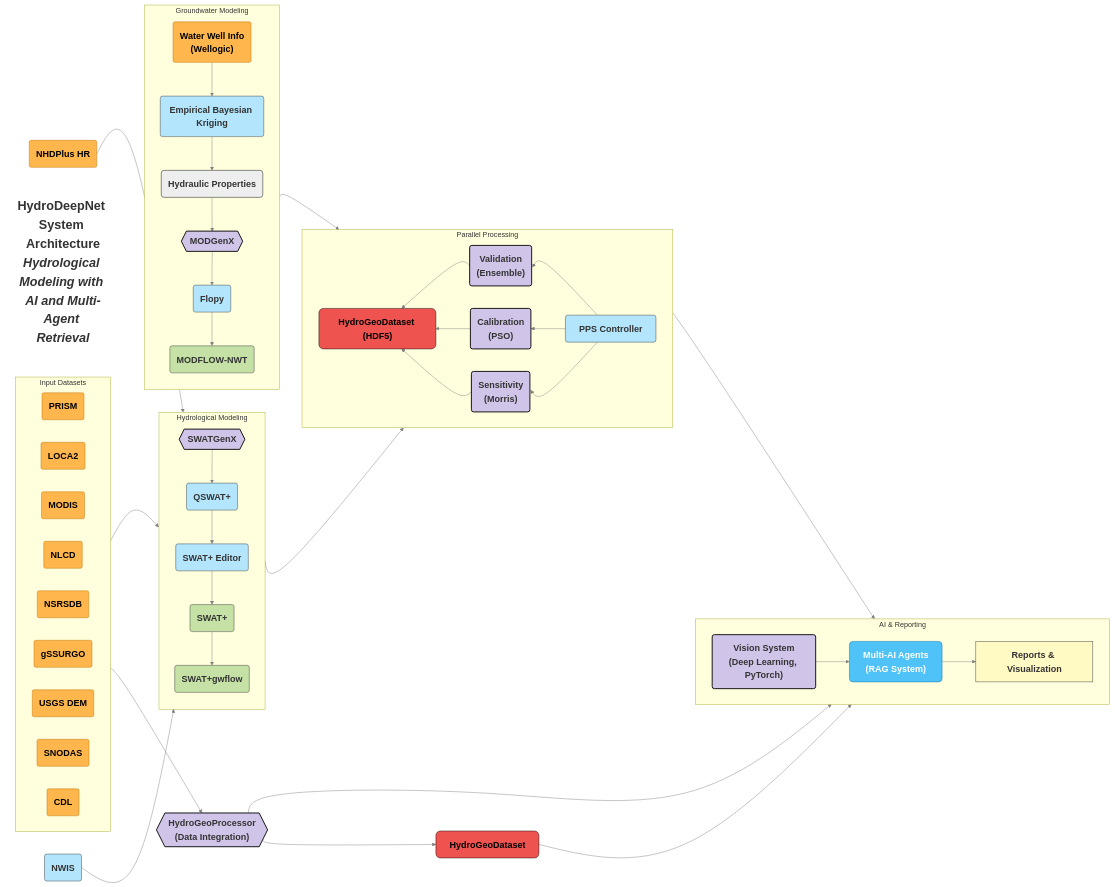
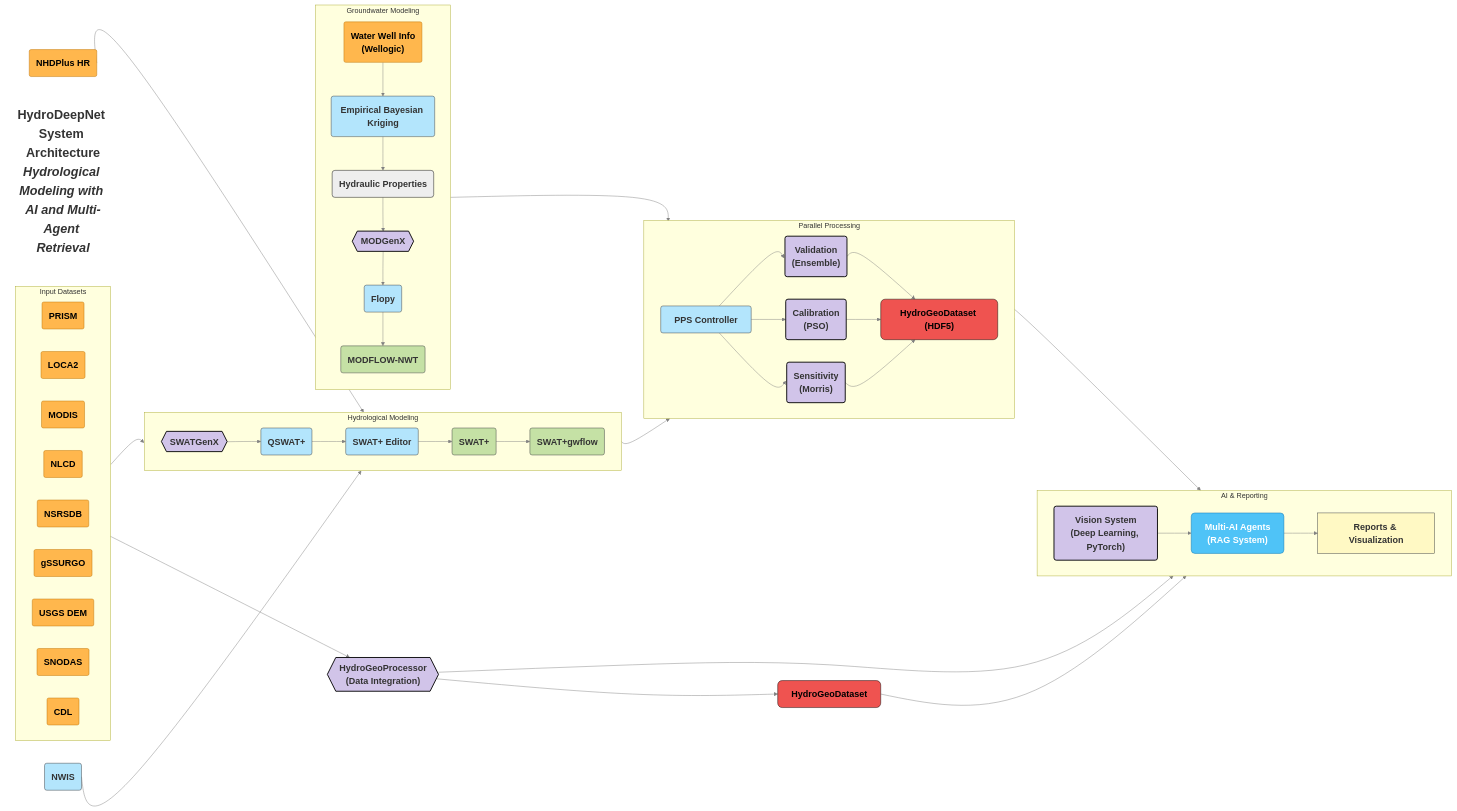
Before and after one commit to VahidMSU/HydroDeepNet: the diagram in README.md, drawn with Mermaid.

Commit message:
Fix Mermaid rendering issue

```diff
--- a/README.md
+++ b/README.md
@@ -45,7 +45,7 @@
 
     %% 3. HYDROLOGICAL MODELING
     subgraph Hydrological_Modeling["Hydrological Modeling"]
-    direction TB
+    direction LR
         SWATGenX{{SWATGenX}}:::developed
         QSWATPlus("QSWAT+"):::existing
         SWATPlusEditor("SWAT+ Editor"):::existing
@@ -66,7 +66,7 @@
 
     %% 4. PARALLEL PROCESSING
     subgraph Parallel_Processing["Parallel Processing"]
-    direction RL
+    direction LR
         PPS["PPS Controller"]:::existing
         Validation("Validation<br>(Ensemble)"):::developed
         Calibration("Calibration<br>(PSO)"):::developed
```
